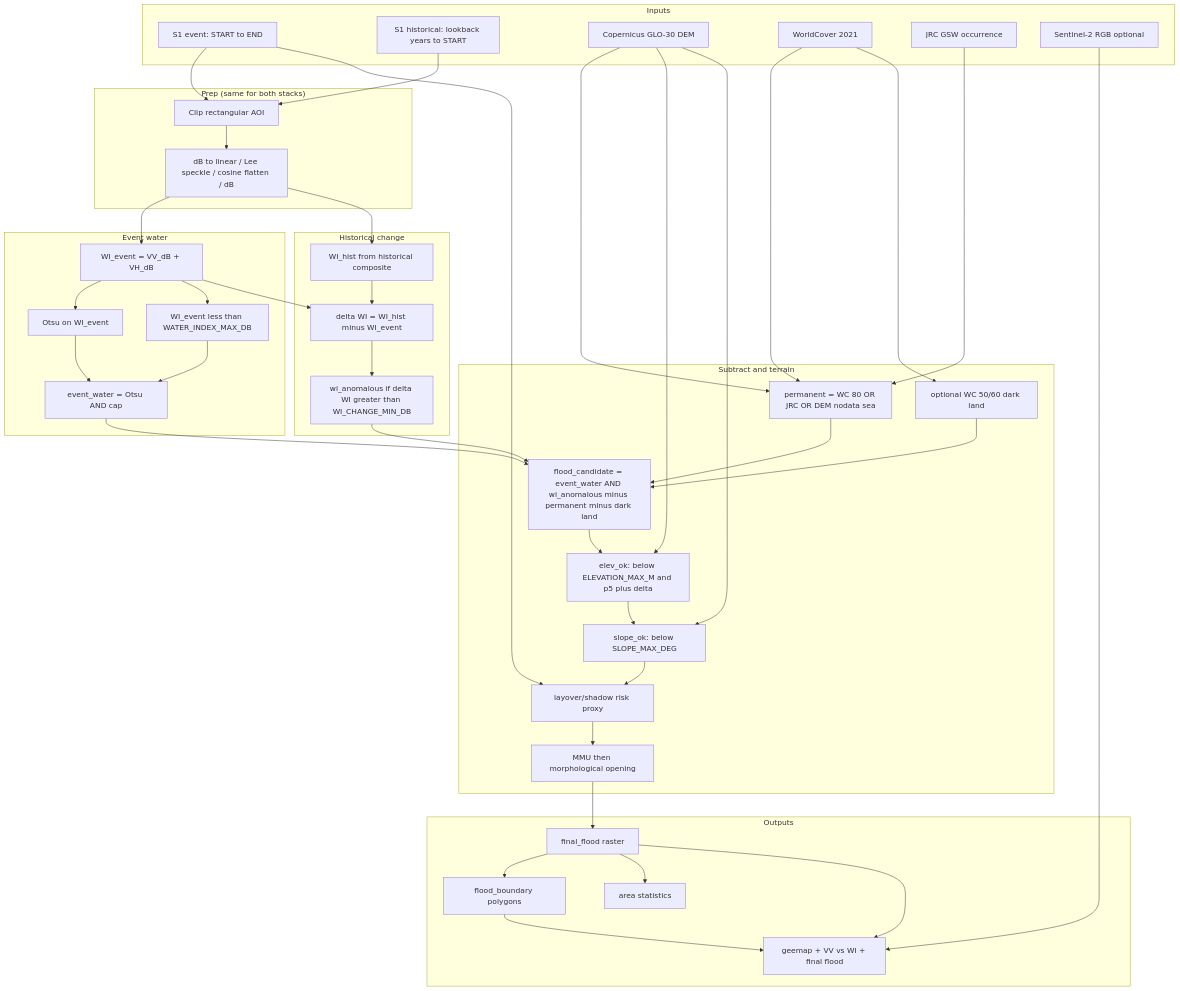
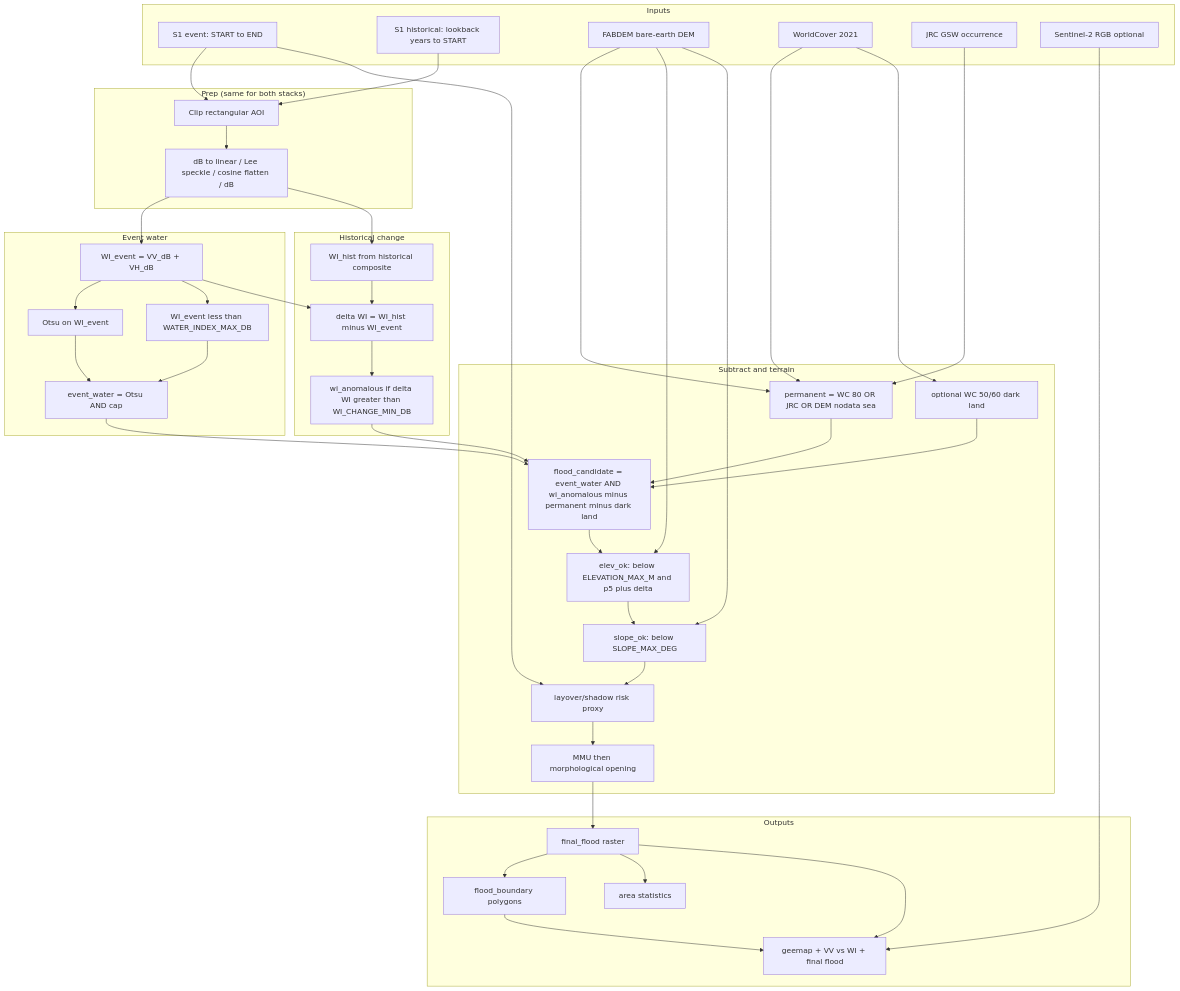
Before and after one commit to uoa-gis/GIS: the diagram in README.md, drawn with Mermaid. The commit also changed other lines of this file and 3 other files, not shown here.

Commit message:
convert DEM to FABDEM

````diff
--- a/README.md
+++ b/README.md
@@ -84,67 +84,67 @@
 ```mermaid
 flowchart TD
   subgraph IN["Inputs"]
     S1E["S1 event: START to END"]
     S1H["S1 historical: lookback years to START"]
-    DEM["Copernicus GLO-30 DEM"]
+    DEM["FABDEM bare-earth DEM"]
     WC["WorldCover 2021"]
     JRC["JRC GSW occurrence"]
     S2["Sentinel-2 RGB optional"]
   end
   subgraph PRE["Prep (same for both stacks)"]
     CLIP["Clip rectangular AOI"]
     LEE["dB to linear / Lee speckle / cosine flatten / dB"]
   end
   subgraph WTR["Event water"]
     WI["WI_event = VV_dB + VH_dB"]
     OTSU["Otsu on WI_event"]
     CAP["WI_event less than WATER_INDEX_MAX_DB"]
     EW["event_water = Otsu AND cap"]
   end
   subgraph CHG["Historical change"]
     WIH["WI_hist from historical composite"]
     DLT["delta WI = WI_hist minus WI_event"]
     ANO["wi_anomalous if delta WI greater than WI_CHANGE_MIN_DB"]
   end
   subgraph MASK["Subtract and terrain"]
     PERM["permanent = WC 80 OR JRC OR DEM nodata sea"]
     DARK["optional WC 50/60 dark land"]
     CAND["flood_candidate = event_water AND wi_anomalous minus permanent minus dark land"]
     ELEV["elev_ok: below ELEVATION_MAX_M and p5 plus delta"]
     SLP["slope_ok: below SLOPE_MAX_DEG"]
     LAY["layover/shadow risk proxy"]
     MMU["MMU then morphological opening"]
   end
   subgraph OUT["Outputs"]
     FF["final_flood raster"]
     POLY["flood_boundary polygons"]
     STAT["area statistics"]
     MAP["geemap + VV vs WI + final flood"]
   end
   S1E --> CLIP
   S1H --> CLIP
   CLIP --> LEE
   LEE --> WI
   LEE --> WIH
   WI --> OTSU --> EW
   WI --> CAP --> EW
   WIH --> DLT
   WI --> DLT --> ANO
   WC --> PERM
   JRC --> PERM
   DEM --> PERM
   WC --> DARK
   EW --> CAND
   ANO --> CAND
   PERM --> CAND
   DARK --> CAND
   DEM --> ELEV
   DEM --> SLP
   S1E --> LAY
   CAND --> ELEV --> SLP --> LAY --> MMU --> FF
   FF --> POLY
   FF --> STAT
   S2 --> MAP
   FF --> MAP
   POLY --> MAP
 ```
````
